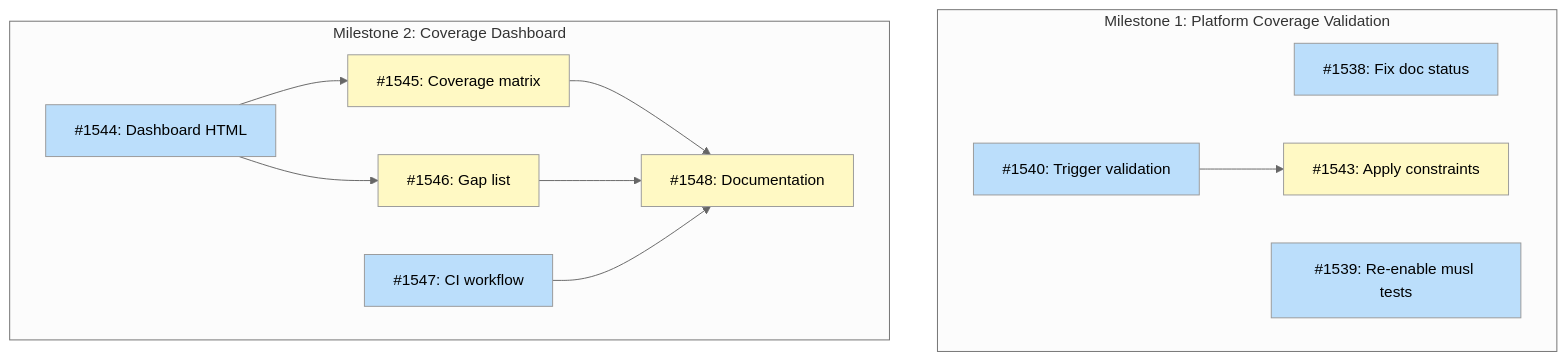
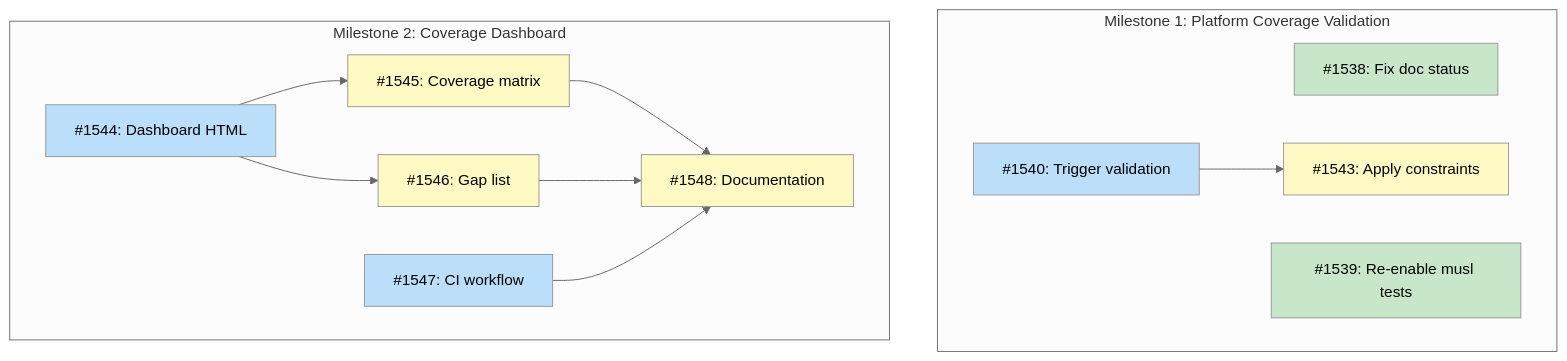
One commit to tsukumogami/tsuku changed the diagram in docs/designs/DESIGN-recipe-coverage-system.md. Above: the diagram before and after it, drawn with Mermaid (neutral theme). The commit also changed other lines of this file, not shown here.

````diff
--- a/docs/designs/DESIGN-recipe-coverage-system.md
+++ b/docs/designs/DESIGN-recipe-coverage-system.md
@@ -51,32 +51,33 @@
 ```mermaid
 graph TD
     subgraph M1["Milestone 1: Platform Coverage Validation"]
         I1538["#1538: Fix doc status"]
         I1539["#1539: Re-enable musl tests"]
         I1540["#1540: Trigger validation"]
         I1543["#1543: Apply constraints"]
     end
 
     subgraph M2["Milestone 2: Coverage Dashboard"]
         I1544["#1544: Dashboard HTML"]
         I1545["#1545: Coverage matrix"]
         I1546["#1546: Gap list"]
         I1547["#1547: CI workflow"]
         I1548["#1548: Documentation"]
     end
 
     I1540 --> I1543
     I1544 --> I1545
     I1544 --> I1546
     I1545 --> I1548
     I1546 --> I1548
     I1547 --> I1548
 
     classDef done fill:#c8e6c9
     classDef ready fill:#bbdefb
     classDef blocked fill:#fff9c4
     classDef needsDesign fill:#e1bee7
 
-    class I1538,I1539,I1540,I1544,I1547 ready
+    class I1538,I1539 done
+    class I1540,I1544,I1547 ready
     class I1543,I1545,I1546,I1548 blocked
 ```
````
